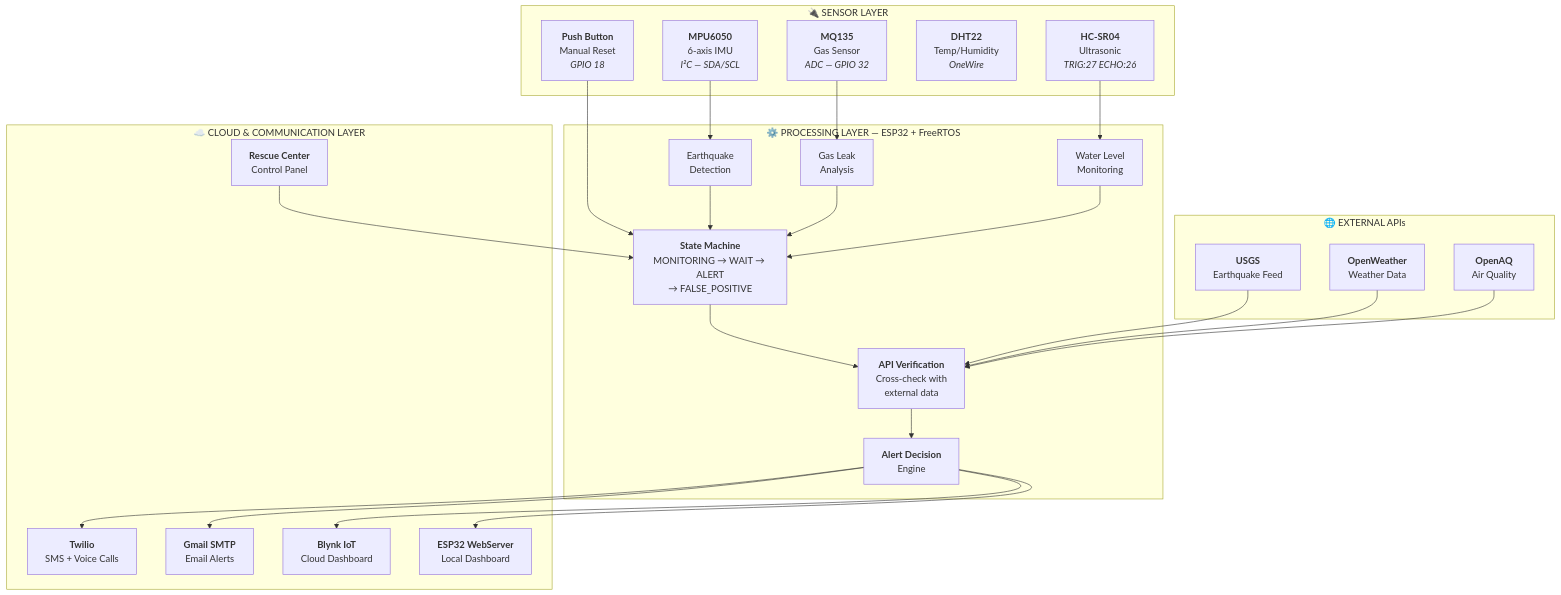
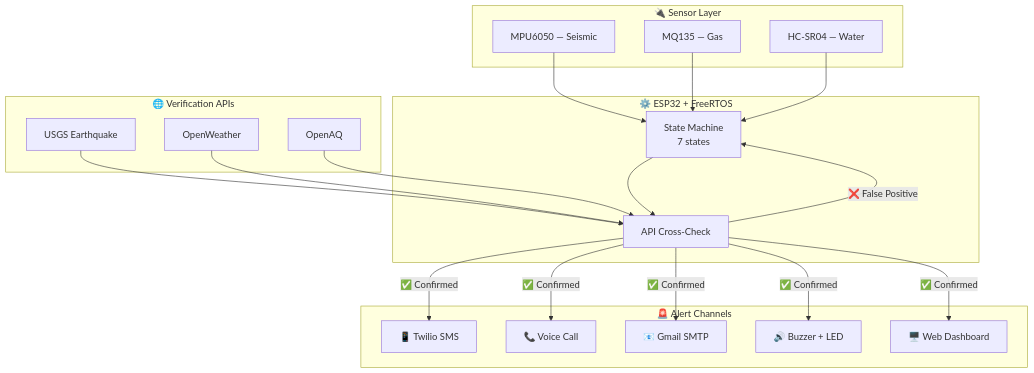
The first of 2 diagrams in README.md (KedarH28/SmartAlert-Disaster-Monitoring), drawn with Mermaid before and after one commit. The commit also changed other lines of this file, not shown here.

````diff
--- a/README.md
+++ b/README.md
@@ -197,54 +163,44 @@
 ```mermaid
 graph TD
-    subgraph SL["🔌 SENSOR LAYER"]
-        MPU["<b>MPU6050</b><br/>6-axis IMU<br/><i>I²C — SDA/SCL</i>"]
-        MQ["<b>MQ135</b><br/>Gas Sensor<br/><i>ADC — GPIO 32</i>"]
-        HC["<b>HC-SR04</b><br/>Ultrasonic<br/><i>TRIG:27 ECHO:26</i>"]
-        DHT["<b>DHT22</b><br/>Temp/Humidity<br/><i>OneWire</i>"]
-        BTN["<b>Push Button</b><br/>Manual Reset<br/><i>GPIO 18</i>"]
+    subgraph SENSORS["🔌 Sensor Layer"]
+        MPU["MPU6050 — Seismic"]
+        MQ["MQ135 — Gas"]
+        HC["HC-SR04 — Water"]
     end
 
-    subgraph PL["⚙️ PROCESSING LAYER — ESP32 + FreeRTOS"]
-        SM["<b>State Machine</b><br/>MONITORING → WAIT → ALERT<br/>→ FALSE_POSITIVE"]
-        EQ["Earthquake<br/>Detection"]
-        GAS["Gas Leak<br/>Analysis"]
-        WTR["Water Level<br/>Monitoring"]
-        VERIFY["<b>API Verification</b><br/>Cross-check with<br/>external data"]
-        DECIDE["<b>Alert Decision</b><br/>Engine"]
+    subgraph ESP32["⚙️ ESP32 + FreeRTOS"]
+        SM["State Machine<br/>7 states"]
+        VERIFY["API Cross-Check"]
     end
 
-    subgraph CL["☁️ CLOUD & COMMUNICATION LAYER"]
-        TWILIO["<b>Twilio</b><br/>SMS + Voice Calls"]
-        EMAIL["<b>Gmail SMTP</b><br/>Email Alerts"]
-        BLYNK["<b>Blynk IoT</b><br/>Cloud Dashboard"]
-        WEB["<b>ESP32 WebServer</b><br/>Local Dashboard"]
-        RESCUE["<b>Rescue Center</b><br/>Control Panel"]
+    subgraph APIS["🌐 Verification APIs"]
+        USGS["USGS Earthquake"]
+        OW["OpenWeather"]
+        OAQ["OpenAQ"]
     end
 
-    subgraph API["🌐 EXTERNAL APIs"]
-        USGS["<b>USGS</b><br/>Earthquake Feed"]
-        OW["<b>OpenWeather</b><br/>Weather Data"]
-        OAQ["<b>OpenAQ</b><br/>Air Quality"]
+    subgraph ALERTS["🚨 Alert Channels"]
+        SMS["📱 Twilio SMS"]
+        CALL["📞 Voice Call"]
+        EMAIL["📧 Gmail SMTP"]
+        BUZZ["🔊 Buzzer + LED"]
+        WEB["🖥️ Web Dashboard"]
     end
 
-    MPU --> EQ
-    MQ --> GAS
-    HC --> WTR
-    BTN --> SM
+    MPU --> SM
+    MQ --> SM
+    HC --> SM
 
-    EQ --> SM
-    GAS --> SM
-    WTR --> SM
     SM --> VERIFY
 
     USGS --> VERIFY
     OW --> VERIFY
     OAQ --> VERIFY
 
-    VERIFY --> DECIDE
-    DECIDE --> TWILIO
-    DECIDE --> EMAIL
-    DECIDE --> BLYNK
-    DECIDE --> WEB
-    RESCUE --> SM
+    VERIFY -->|"✅ Confirmed"| SMS
+    VERIFY -->|"✅ Confirmed"| CALL
+    VERIFY -->|"✅ Confirmed"| EMAIL
+    VERIFY -->|"✅ Confirmed"| BUZZ
+    VERIFY -->|"✅ Confirmed"| WEB
+    VERIFY -->|"❌ False Positive"| SM
 ```
````
